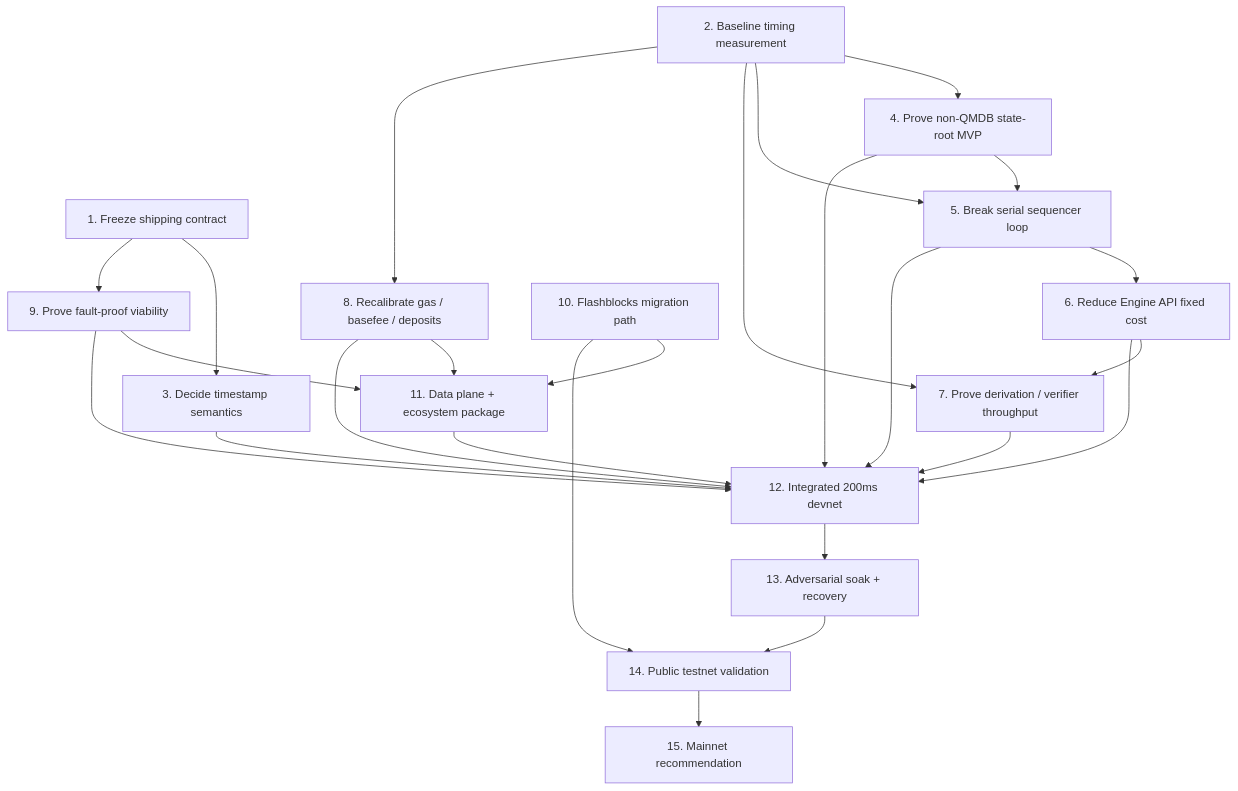
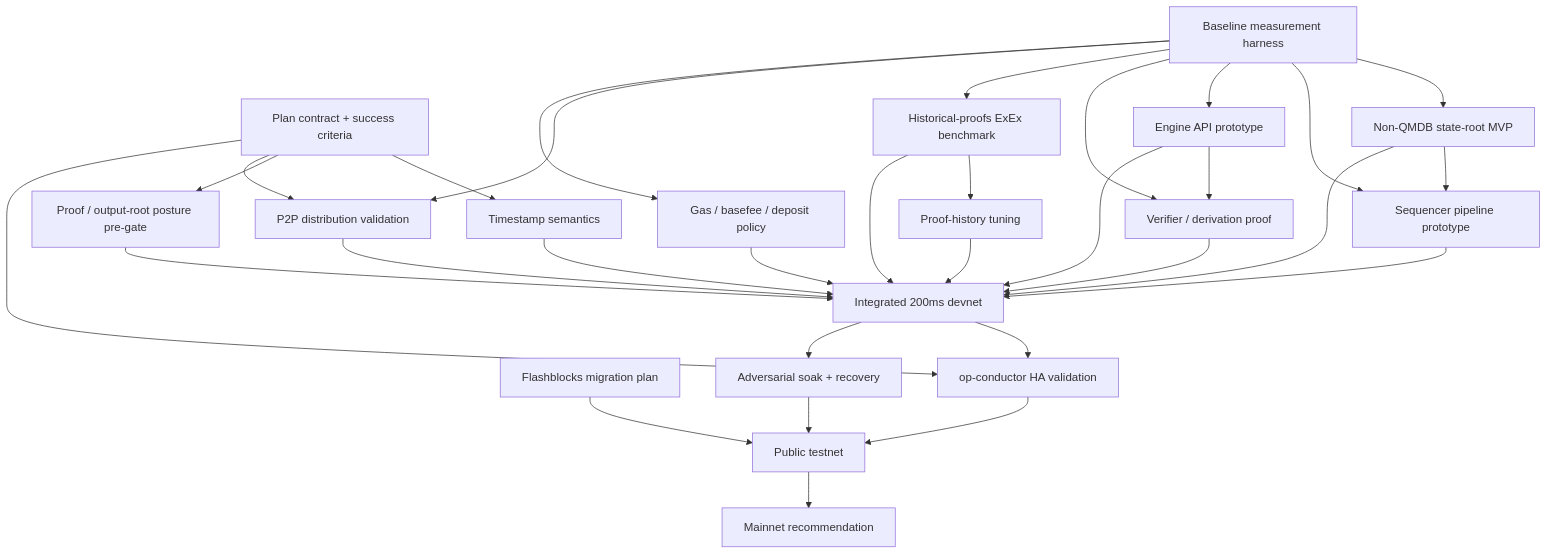
One commit to 0x00101010/notes changed the diagram in 200ms-blocks/src/content/plan.md. Above: the diagram before and after it, drawn with Mermaid. The commit also changed other lines of this file and 1 other file, not shown here.

Commit message:
new plan

````diff
--- a/200ms-blocks/src/content/plan.md
+++ b/200ms-blocks/src/content/plan.md
@@ -252,43 +249,52 @@
 ```mermaid
 flowchart TD
-    A[1. Freeze shipping contract]
-    B[2. Baseline timing measurement]
-    C[3. Decide timestamp semantics]
-    D[4. Prove non-QMDB state-root MVP]
-    E[5. Break serial sequencer loop]
-    F[6. Reduce Engine API fixed cost]
-    G[7. Prove derivation / verifier throughput]
-    H[8. Recalibrate gas / basefee / deposits]
-    I[9. Prove fault-proof viability]
-    J[10. Flashblocks migration path]
-    K[11. Data plane + ecosystem package]
-    L[12. Integrated 200ms devnet]
-    M[13. Adversarial soak + recovery]
-    N[14. Public testnet validation]
-    O[15. Mainnet recommendation]
+    A[Plan contract + success criteria]
+    B[Baseline measurement harness]
+    C[Timestamp semantics]
+    D[Proof / output-root posture pre-gate]
+    E[Non-QMDB state-root MVP]
+    F[Sequencer pipeline prototype]
+    G[Engine API prototype]
+    H[Verifier / derivation proof]
+    I[Historical-proofs ExEx benchmark]
+    J[Proof-history tuning]
+    K[P2P distribution validation]
+    L[Gas / basefee / deposit policy]
+    M[Flashblocks migration plan]
+    N[Integrated 200ms devnet]
+    O[op-conductor HA validation]
+    P[Adversarial soak + recovery]
+    Q[Public testnet]
+    R[Mainnet recommendation]
 
     A --> C
-    A --> I
-    B --> D
+    A --> D
+    A --> K
+    A --> O
     B --> E
+    B --> F
     B --> G
     B --> H
-    C --> L
-    D --> E
-    D --> L
+    B --> I
+    B --> K
+    B --> L
     E --> F
-    E --> L
-    F --> G
-    F --> L
-    G --> L
-    H --> K
-    H --> L
-    I --> K
-    I --> L
-    J --> K
+    G --> H
+    I --> J
+    C --> N
+    D --> N
+    E --> N
+    F --> N
+    G --> N
+    H --> N
+    I --> N
     J --> N
-    K --> L
-    L --> M
-    M --> N
+    K --> N
+    L --> N
     N --> O
+    N --> P
+    M --> Q
+    O --> Q
+    P --> Q
+    Q --> R
 ```
````
